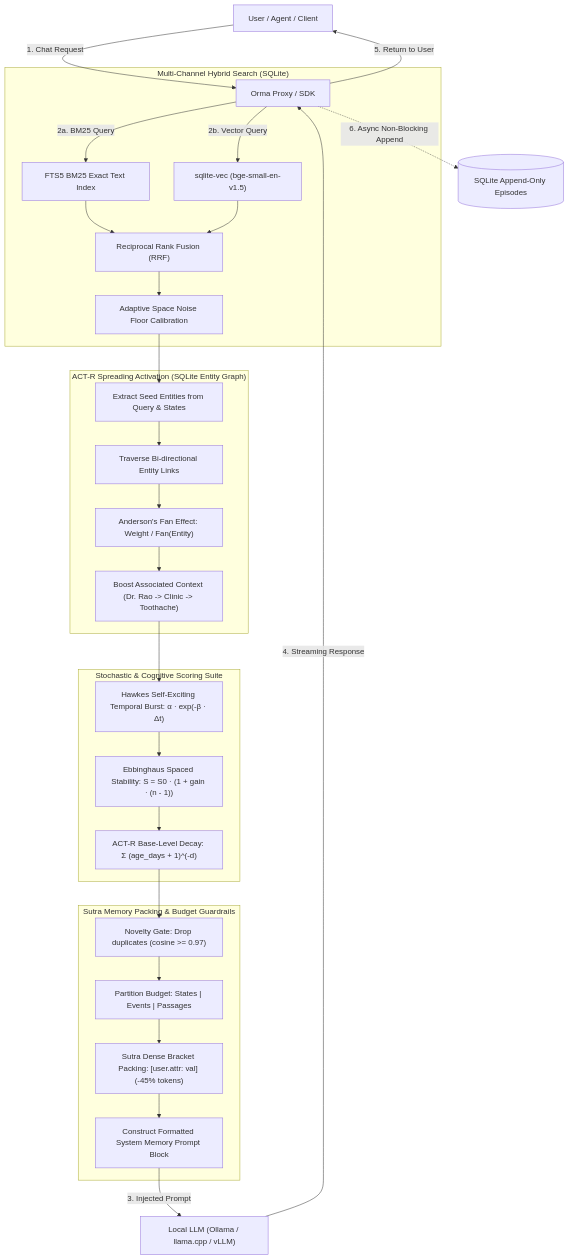
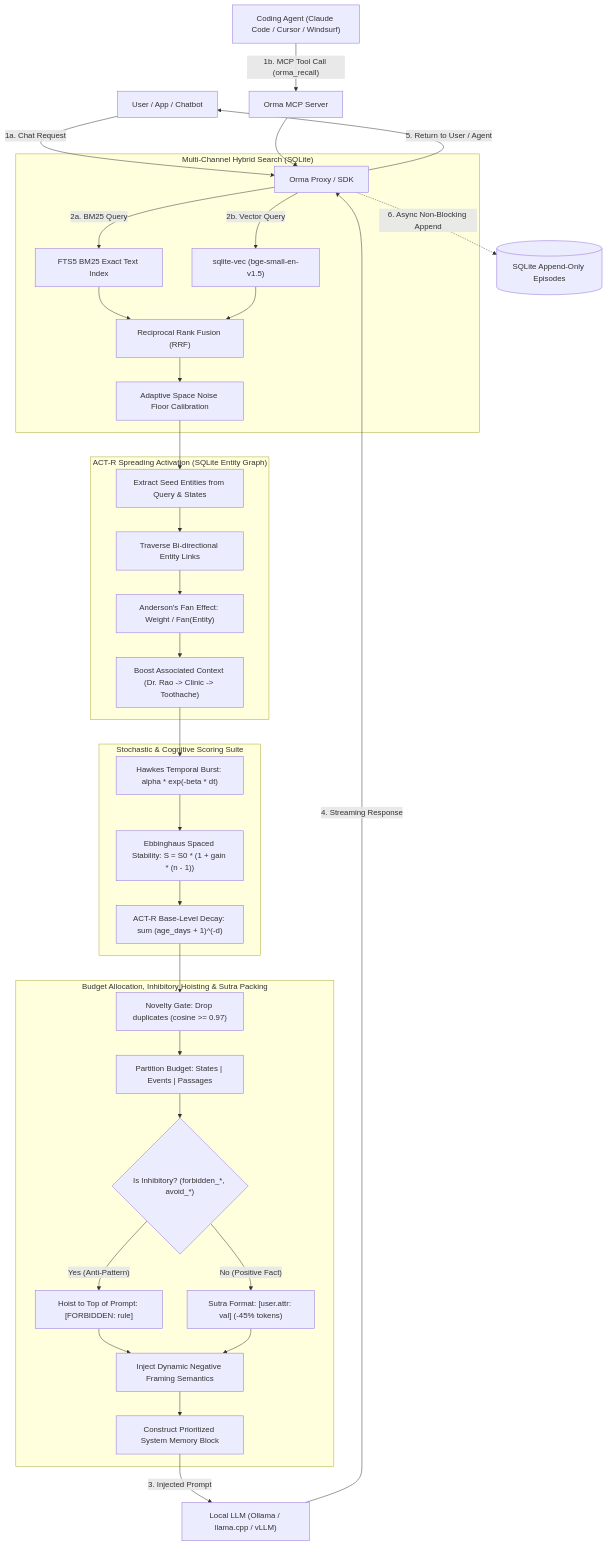
Before and after one commit to wizardwithcodehazard/orma: the first of 4 diagrams in README.md, drawn with Mermaid. The commit also changed other lines of this file, not shown here.

Commit message:
docs: enrich architecture with 4 detailed mermaid diagrams and inhibitory cognitive grounding

````diff
--- a/README.md
+++ b/README.md
@@ -49,37 +49,43 @@
 ```mermaid
 flowchart TD
-    User["User / Agent / Client"] -->|"1. Chat Request"| Proxy["Orma Proxy / SDK"]
+    User["User / App / Chatbot"] -->|"1a. Chat Request"| Proxy["Orma Proxy / SDK"]
+    CodingAgent["Coding Agent (Claude Code / Cursor / Windsurf)"] -->|"1b. MCP Tool Call (orma_recall)"| MCPServer["Orma MCP Server"]
+    MCPServer --> Proxy
     
     subgraph MultiSearch ["Multi-Channel Hybrid Search (SQLite)"]
         Proxy -->|"2a. BM25 Query"| FTS["FTS5 BM25 Exact Text Index"]
         Proxy -->|"2b. Vector Query"| Vec["sqlite-vec (bge-small-en-v1.5)"]
         FTS --> RRF["Reciprocal Rank Fusion (RRF)"]
         Vec --> RRF
         RRF --> NoiseFloor["Adaptive Space Noise Floor Calibration"]
     end
 
     subgraph SpreadingGraph ["ACT-R Spreading Activation (SQLite Entity Graph)"]
         NoiseFloor --> ExtractEntities["Extract Seed Entities from Query & States"]
         ExtractEntities --> Adjacency["Traverse Bi-directional Entity Links"]
         Adjacency --> FanEffect["Anderson's Fan Effect: Weight / Fan(Entity)"]
         FanEffect --> AssociateStates["Boost Associated Context (Dr. Rao -> Clinic -> Toothache)"]
     end
 
     subgraph CognitiveRanker ["Stochastic & Cognitive Scoring Suite"]
-        AssociateStates --> Hawkes["Hawkes Self-Exciting Temporal Burst: α · exp(-β · Δt)"]
-        Hawkes --> Ebbinghaus["Ebbinghaus Spaced Stability: S = S0 · (1 + gain · (n - 1))"]
-        Ebbinghaus --> BaseLevel["ACT-R Base-Level Decay: Σ (age_days + 1)^(-d)"]
+        AssociateStates --> Hawkes["Hawkes Temporal Burst: alpha * exp(-beta * dt)"]
+        Hawkes --> Ebbinghaus["Ebbinghaus Spaced Stability: S = S0 * (1 + gain * (n - 1))"]
+        Ebbinghaus --> BaseLevel["ACT-R Base-Level Decay: sum (age_days + 1)^(-d)"]
     end
 
-    subgraph BudgetPacker ["Sutra Memory Packing & Budget Guardrails"]
+    subgraph BudgetPacker ["Budget Allocation, Inhibitory Hoisting & Sutra Packing"]
         BaseLevel --> Novelty["Novelty Gate: Drop duplicates (cosine >= 0.97)"]
         Novelty --> Partition["Partition Budget: States | Events | Passages"]
-        Partition --> SutraFormat["Sutra Dense Bracket Packing: [user.attr: val] (-45% tokens)"]
-        SutraFormat --> MemoryBlock["Construct Formatted System Memory Prompt Block"]
+        Partition --> InhibitoryCheck{"Is Inhibitory? (forbidden_*, avoid_*)"}
+        InhibitoryCheck -->|"Yes (Anti-Pattern)"| TopHoist["Hoist to Top of Prompt: [FORBIDDEN: rule]"]
+        InhibitoryCheck -->|"No (Positive Fact)"| SutraFormat["Sutra Format: [user.attr: val] (-45% tokens)"]
+        TopHoist --> DynamicFraming["Inject Dynamic Negative Framing Semantics"]
+        SutraFormat --> DynamicFraming
+        DynamicFraming --> MemoryBlock["Construct Prioritized System Memory Block"]
     end
 
     MemoryBlock -->|"3. Injected Prompt"| Upstream["Local LLM (Ollama / llama.cpp / vLLM)"]
     Upstream -->|"4. Streaming Response"| Proxy
-    Proxy -->|"5. Return to User"| User
+    Proxy -->|"5. Return to User / Agent"| User
     Proxy -.->|"6. Async Non-Blocking Append"| EpisodicLog[("SQLite Append-Only Episodes")]
 ```
````
